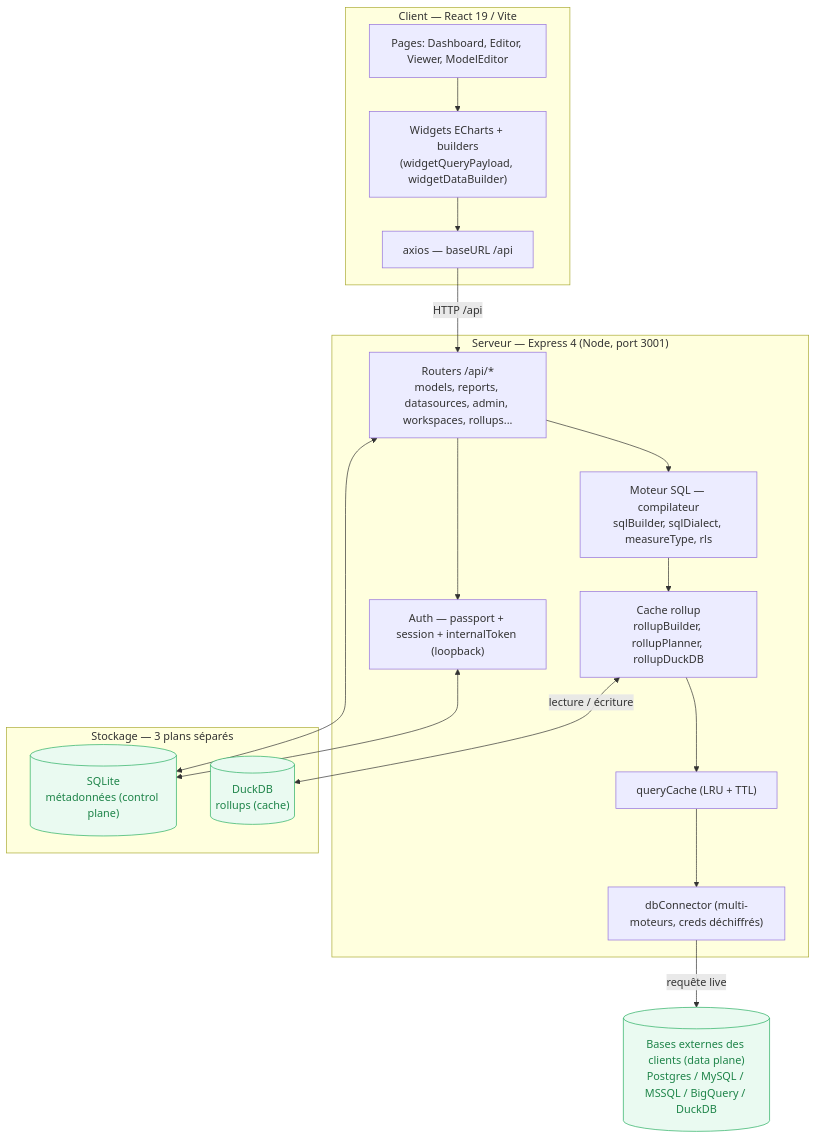
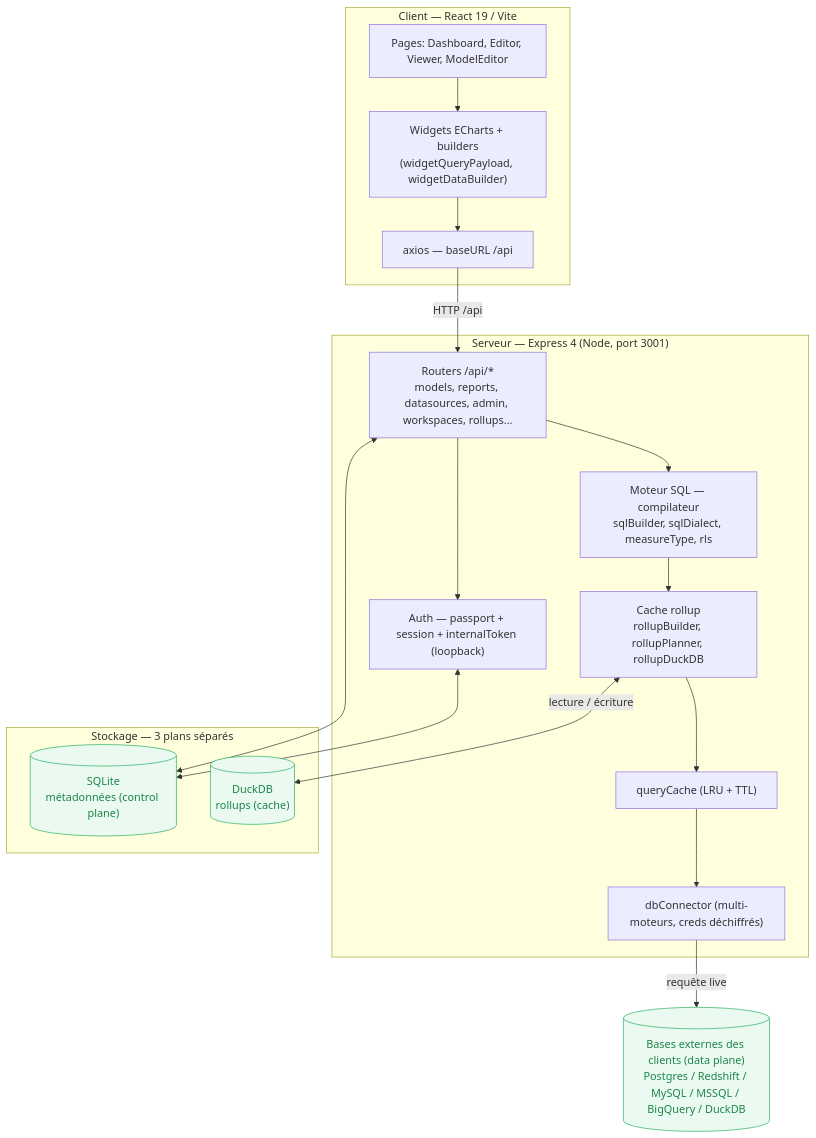
The first of 5 diagrams in docs/ARCHITECTURE.md (cracky777/openreport), drawn with Mermaid before and after one commit. The commit also changed other lines of this file and 17 other files, not shown here.

First line of the commit message:
feat(redshift): un entrepôt Redshift se branche comme une base PostgreSQL

````diff
--- a/docs/ARCHITECTURE.md
+++ b/docs/ARCHITECTURE.md
@@ -36,37 +36,37 @@
 ```mermaid
 flowchart TB
   subgraph Client["Client — React 19 / Vite"]
     UI["Pages: Dashboard, Editor, Viewer, ModelEditor"]
     WIDG["Widgets ECharts + builders<br/>(widgetQueryPayload, widgetDataBuilder)"]
     AX["axios — baseURL /api"]
     UI --> WIDG --> AX
   end
 
   subgraph Server["Serveur — Express 4 (Node, port 3001)"]
     RT["Routers /api/*<br/>models, reports, datasources, admin, workspaces, rollups..."]
     AUTH["Auth — passport + session + internalToken (loopback)"]
     ENG["Moteur SQL — compilateur<br/>sqlBuilder, sqlDialect, measureType, rls"]
     ROLL["Cache rollup<br/>rollupBuilder, rollupPlanner, rollupDuckDB"]
     QC["queryCache (LRU + TTL)"]
     CONN["dbConnector (multi-moteurs, creds déchiffrés)"]
   end
 
   subgraph Data["Stockage — 3 plans séparés"]
     META[("SQLite<br/>métadonnées (control plane)")]
     RUP[("DuckDB<br/>rollups (cache)")]
   end
-  EXT[("Bases externes des clients (data plane)<br/>Postgres / MySQL / MSSQL / BigQuery / DuckDB")]
+  EXT[("Bases externes des clients (data plane)<br/>Postgres / Redshift / MySQL / MSSQL / BigQuery / DuckDB")]
 
   AX -->|"HTTP /api"| RT
   RT --> AUTH
   RT --> ENG
   ENG --> ROLL
   ROLL --> QC --> CONN
   CONN -->|"requête live"| EXT
   ROLL <-->|"lecture / écriture"| RUP
   RT <--> META
   AUTH <--> META
 
   classDef strong fill:#eafaf1,stroke:#27ae60,stroke-width:1px,color:#1e8449;
   class META,RUP,EXT strong
 ```
````
